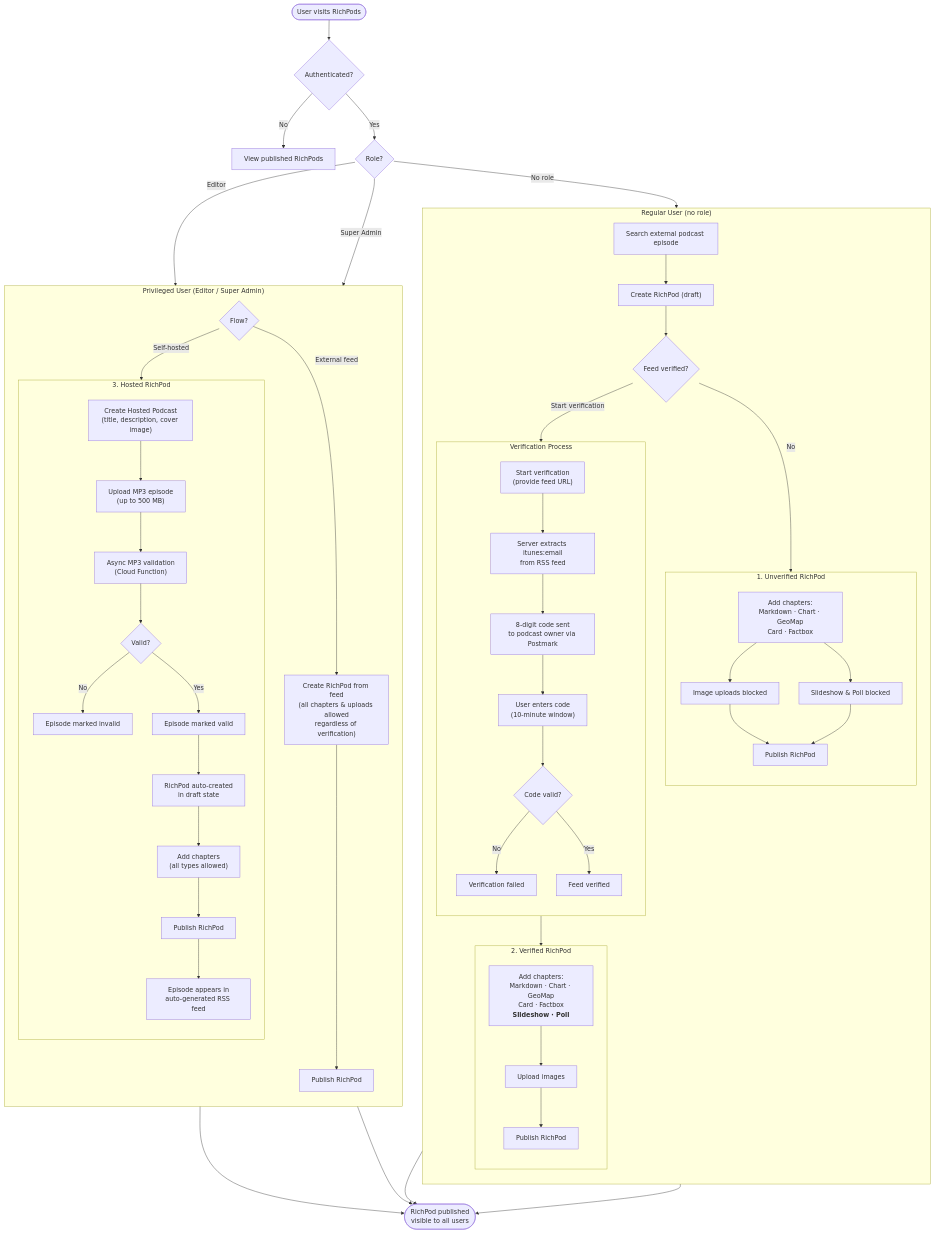
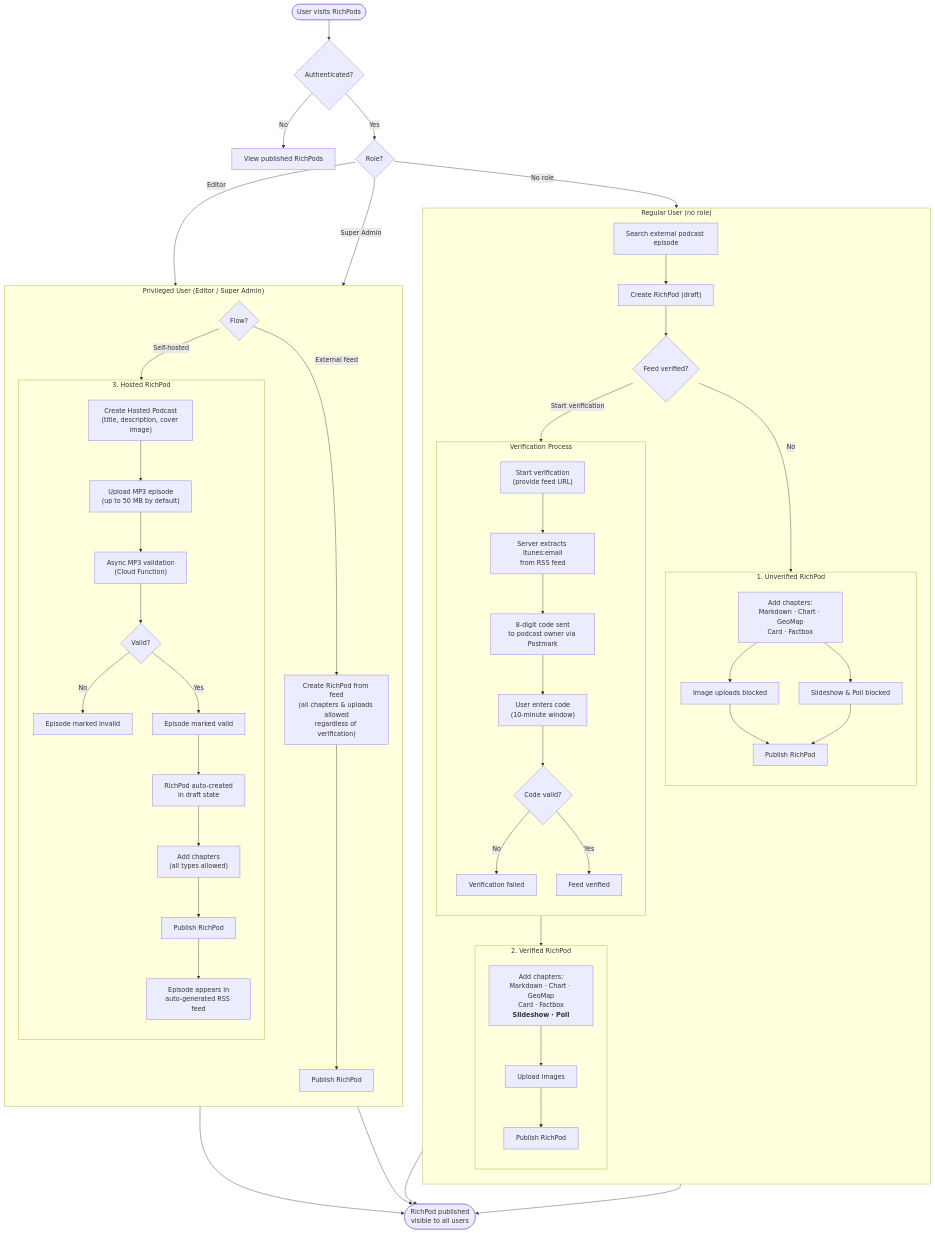
Before and after one commit to richpods/richpods: the first of 2 diagrams in docs/user_flows.md, drawn with Mermaid. The commit also changed 2 other files, not shown here.

Commit message:
docs: improves validation and auth documentation

```diff
--- a/docs/user_flows.md
+++ b/docs/user_flows.md
@@ -73,7 +73,7 @@
         subgraph HostedFlow["3. Hosted RichPod"]
             direction TB
             CreatePodcast["Create Hosted Podcast<br/>(title, description, cover image)"]
-            CreatePodcast --> UploadEpisode["Upload MP3 episode<br/>(up to 500 MB)"]
+            CreatePodcast --> UploadEpisode["Upload MP3 episode<br/>(up to 50 MB by default)"]
             UploadEpisode --> AsyncValidation["Async MP3 validation<br/>(Cloud Function)"]
             AsyncValidation --> ValidationResult{Valid?}
             ValidationResult -->|No| Invalid["Episode marked invalid"]
```
